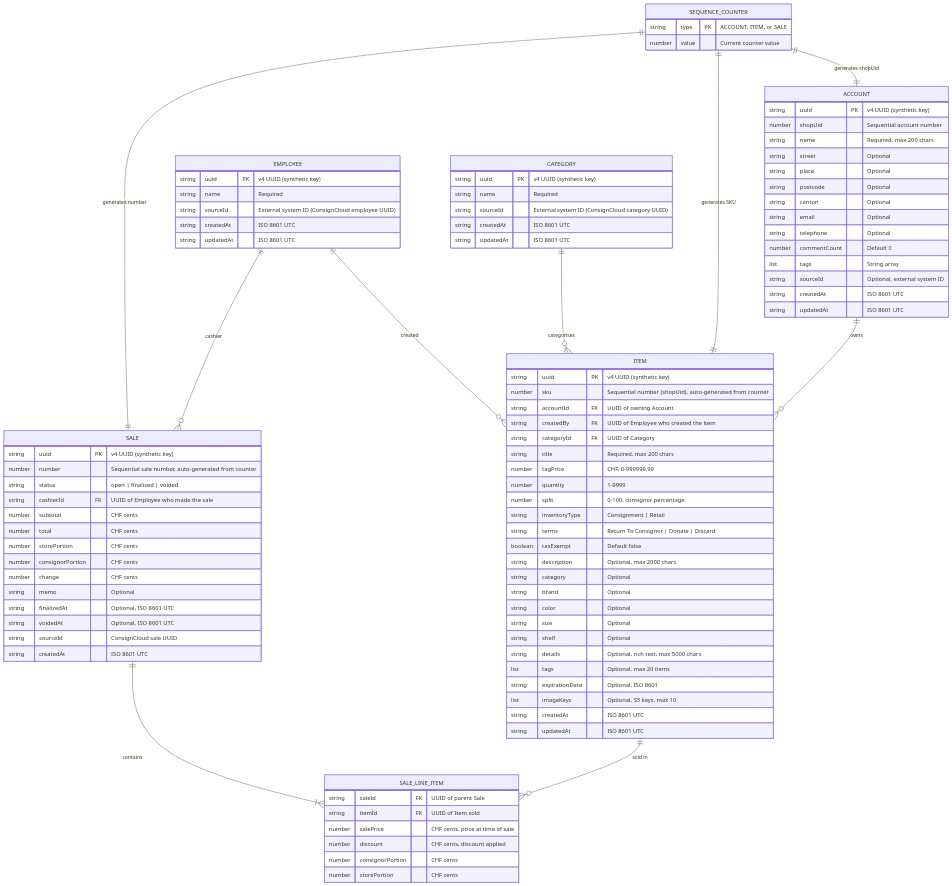
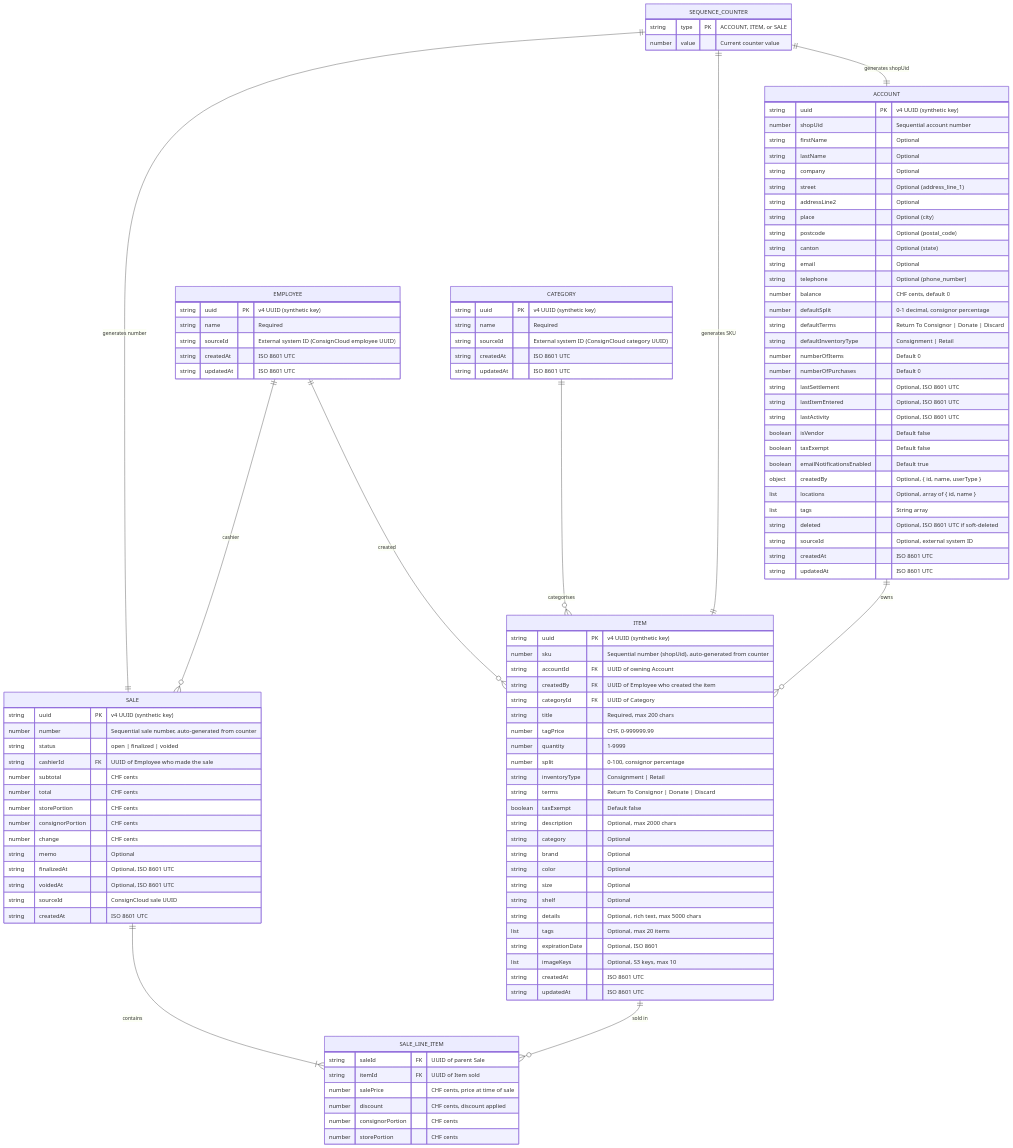
Before and after one commit to xerian-dev/thymos-cloud: the diagram in docs/data-model.md, drawn with Mermaid. The commit also changed 7 other files, not shown here.

```diff
--- a/docs/data-model.md
+++ b/docs/data-model.md
@@ -14,15 +14,32 @@
     ACCOUNT {
         string uuid PK "v4 UUID (synthetic key)"
         number shopUid "Sequential account number"
-        string name "Required, max 200 chars"
-        string street "Optional"
-        string place "Optional"
-        string postcode "Optional"
-        string canton "Optional"
+        string firstName "Optional"
+        string lastName "Optional"
+        string company "Optional"
+        string street "Optional (address_line_1)"
+        string addressLine2 "Optional"
+        string place "Optional (city)"
+        string postcode "Optional (postal_code)"
+        string canton "Optional (state)"
         string email "Optional"
-        string telephone "Optional"
-        number commentCount "Default 0"
+        string telephone "Optional (phone_number)"
+        number balance "CHF cents, default 0"
+        number defaultSplit "0-1 decimal, consignor percentage"
+        string defaultTerms "Return To Consignor | Donate | Discard"
+        string defaultInventoryType "Consignment | Retail"
+        number numberOfItems "Default 0"
+        number numberOfPurchases "Default 0"
+        string lastSettlement "Optional, ISO 8601 UTC"
+        string lastItemEntered "Optional, ISO 8601 UTC"
+        string lastActivity "Optional, ISO 8601 UTC"
+        boolean isVendor "Default false"
+        boolean taxExempt "Default false"
+        boolean emailNotificationsEnabled "Default true"
+        object createdBy "Optional, { id, name, userType }"
+        list locations "Optional, array of { id, name }"
         list tags "String array"
+        string deleted "Optional, ISO 8601 UTC if soft-deleted"
         string sourceId "Optional, external system ID"
         string createdAt "ISO 8601 UTC"
         string updatedAt "ISO 8601 UTC"
```
